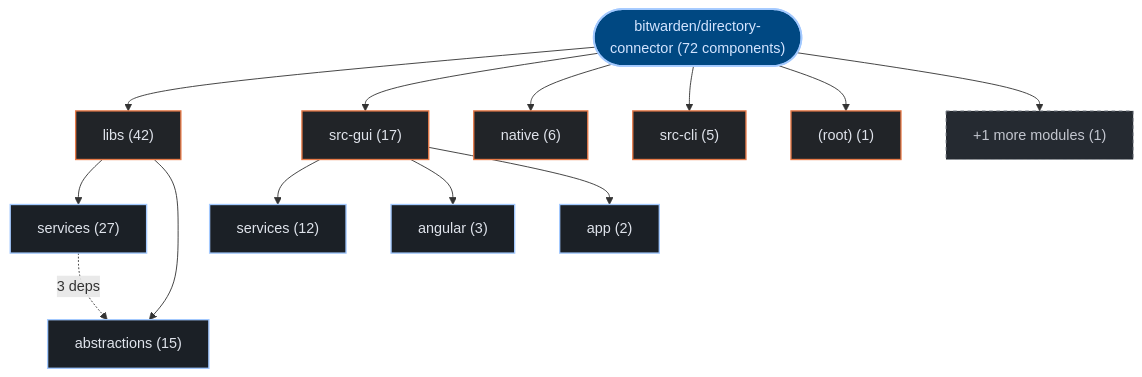
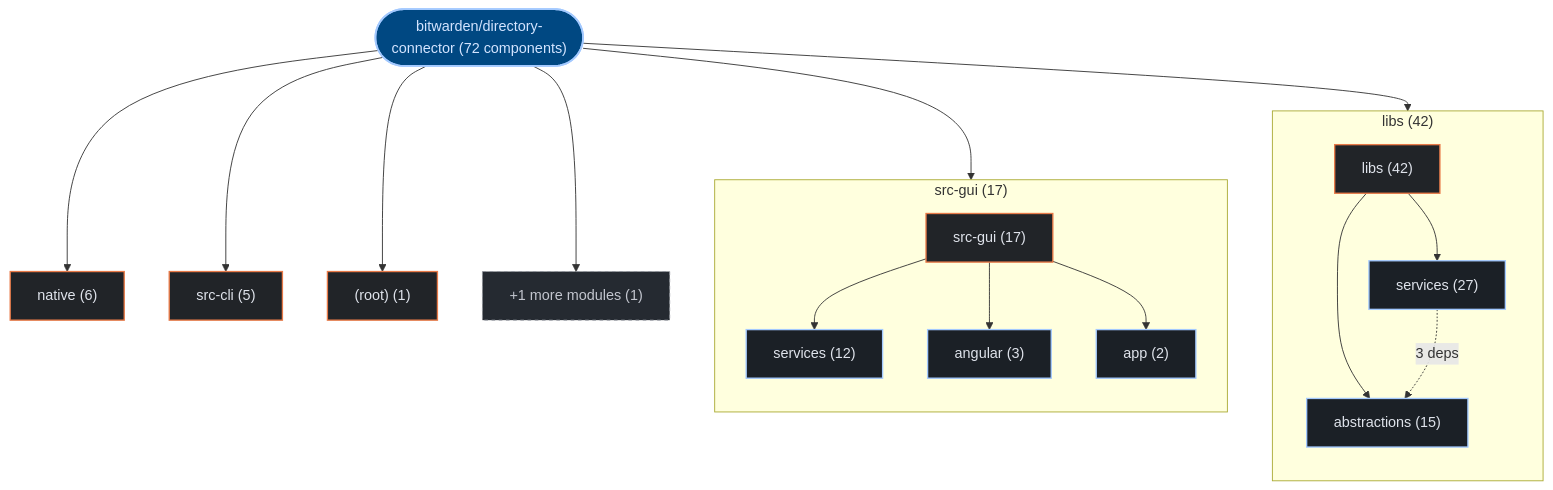
Before and after one commit to kumarshaz/atruss-code-atlas: the first of 3 diagrams in exports/latest/reports/bitwarden-directory-connector-report.md, drawn with Mermaid. The commit also changed 178 other files, not shown here.

Commit message:
feat(ui,mermaid): upgrade to mermaid v12 + ELK layout, add orgs-summary + pagination, subgraph building blocks, fix tab alignment

````diff
--- a/exports/latest/reports/bitwarden-directory-connector-report.md
+++ b/exports/latest/reports/bitwarden-directory-connector-report.md
@@ -42,34 +42,40 @@
 ```mermaid
 graph TD;
   classDef atlasRoot fill:#004882,stroke:#a3c9ff,stroke-width:2px,color:#d3e4ff
   classDef atlasCategory fill:#212428,stroke:#E87A48,stroke-width:1.5px,color:#dfe3eb
   classDef atlasWorkflow fill:#1b2026,stroke:#a3c9ff,stroke-width:1.5px,color:#dfe3eb
   classDef atlasJob fill:#171c22,stroke:#8d9199,stroke-width:1px,color:#dfe3eb
   classDef atlasTarget fill:#005227,stroke:#8bd99b,stroke-width:1.5px,color:#a7f6b6
   classDef atlasAlert fill:#93000a,stroke:#ffb4ab,stroke-width:1.5px,color:#ffdad6
   classDef atlasMore fill:#252a31,stroke:#8d9199,stroke-dasharray:4 4,color:#c3c6cf
     repo_root(["bitwarden/directory-connector (72 components)"]):::atlasRoot
-    dir_0_libs["libs (42)"]:::atlasCategory
+    subgraph sg_dir_0_libs["libs (42)"]
+      direction TB
+      dir_0_libs["libs (42)"]:::atlasCategory
+      sub_0_0_services["services (27)"]:::atlasWorkflow
+      dir_0_libs --> sub_0_0_services
+      sub_0_1_abstractions["abstractions (15)"]:::atlasWorkflow
+      dir_0_libs --> sub_0_1_abstractions
+    end
     repo_root --> dir_0_libs
-    sub_0_0_services["services (27)"]:::atlasWorkflow
-    dir_0_libs --> sub_0_0_services
-    sub_0_1_abstractions["abstractions (15)"]:::atlasWorkflow
-    dir_0_libs --> sub_0_1_abstractions
-    dir_1_src_gui["src-gui (17)"]:::atlasCategory
+    subgraph sg_dir_1_src_gui["src-gui (17)"]
+      direction TB
+      dir_1_src_gui["src-gui (17)"]:::atlasCategory
+      sub_1_0_services["services (12)"]:::atlasWorkflow
+      dir_1_src_gui --> sub_1_0_services
+      sub_1_1_angular["angular (3)"]:::atlasWorkflow
+      dir_1_src_gui --> sub_1_1_angular
+      sub_1_2_app["app (2)"]:::atlasWorkflow
+      dir_1_src_gui --> sub_1_2_app
+    end
     repo_root --> dir_1_src_gui
-    sub_1_0_services["services (12)"]:::atlasWorkflow
-    dir_1_src_gui --> sub_1_0_services
-    sub_1_1_angular["angular (3)"]:::atlasWorkflow
-    dir_1_src_gui --> sub_1_1_angular
-    sub_1_2_app["app (2)"]:::atlasWorkflow
-    dir_1_src_gui --> sub_1_2_app
     dir_2_native["native (6)"]:::atlasCategory
     repo_root --> dir_2_native
     dir_3_src_cli["src-cli (5)"]:::atlasCategory
     repo_root --> dir_3_src_cli
     dir_4__root_["(root) (1)"]:::atlasCategory
     repo_root --> dir_4__root_
     dir_other_modules["+1 more modules (1)"]:::atlasMore
     repo_root --> dir_other_modules
     sub_0_0_services -.->|"3 deps"| sub_0_1_abstractions
 ```
````
